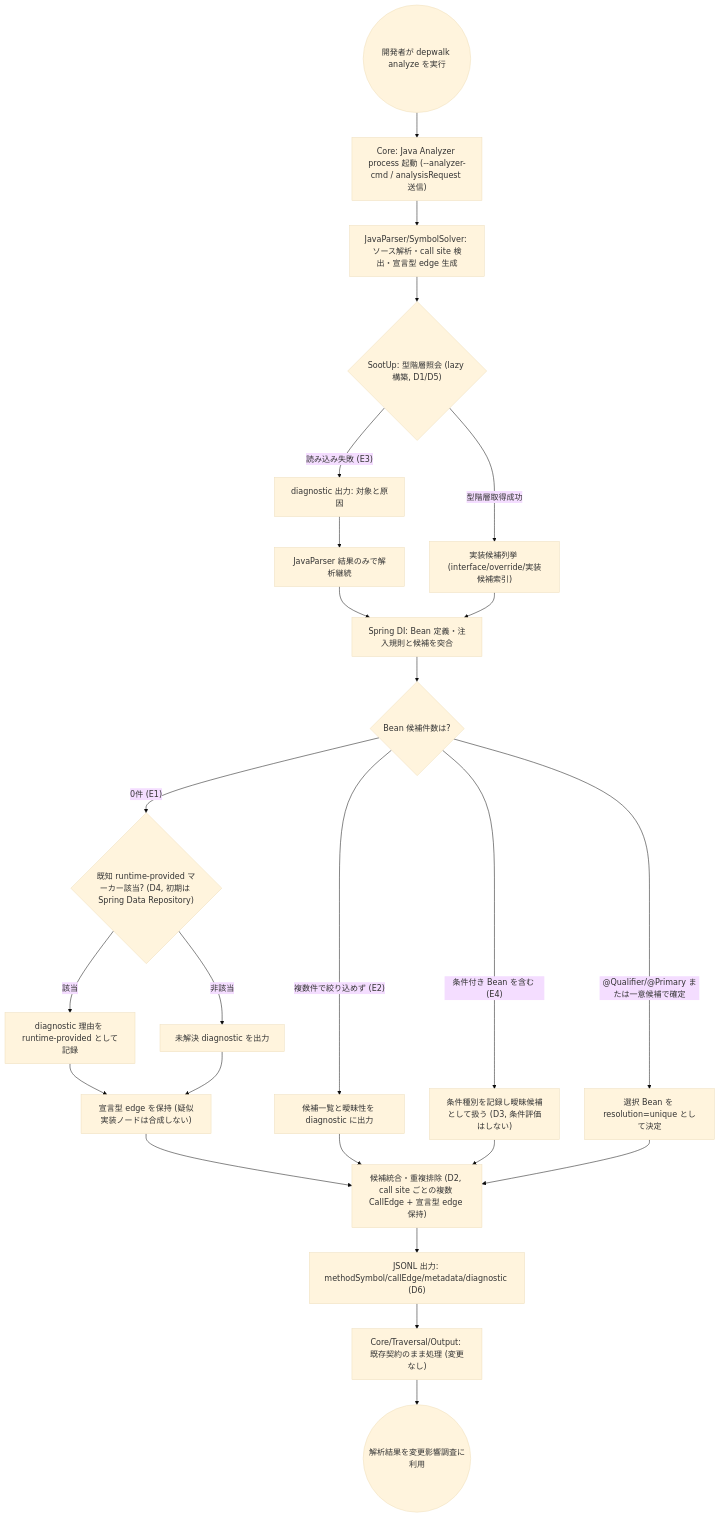
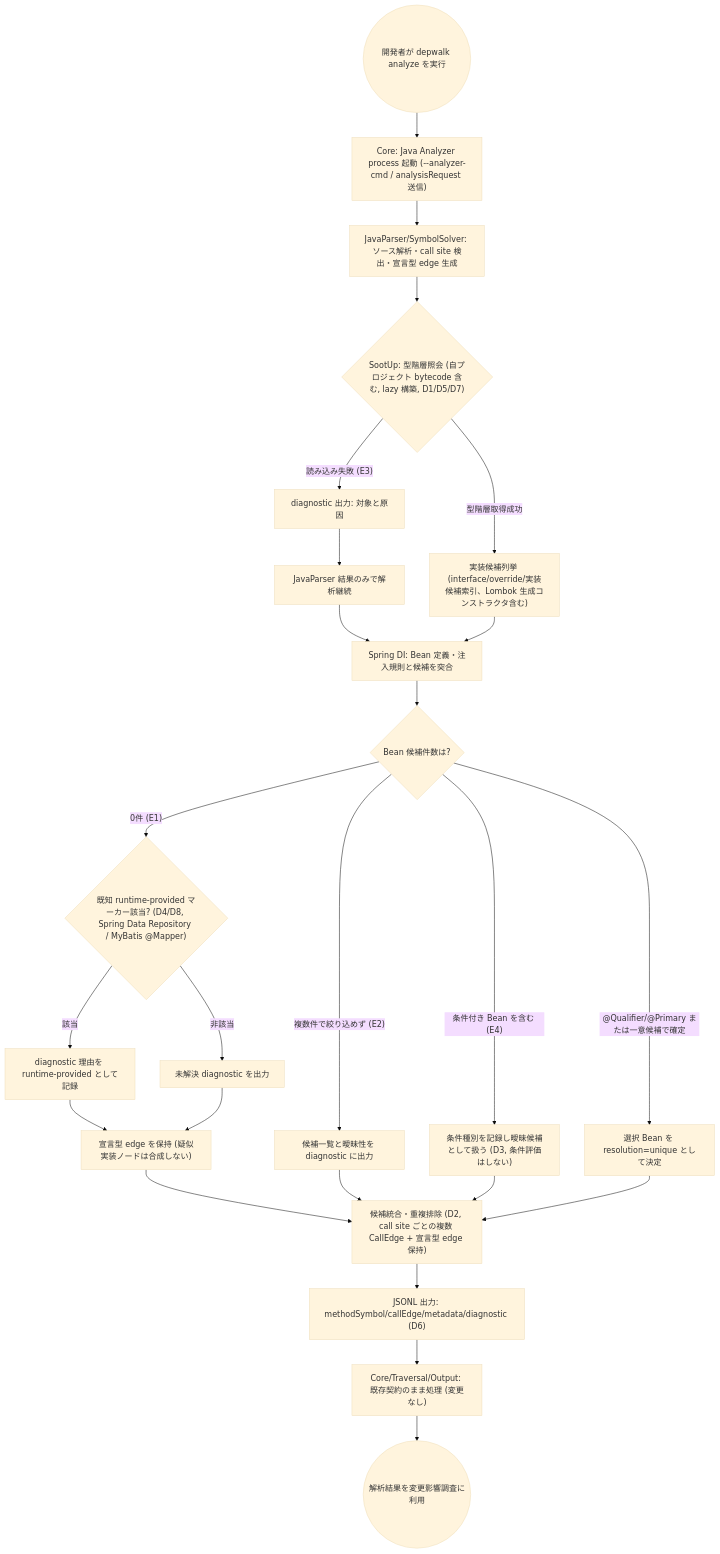
Before and after one commit to Fukuemon/depwalk: the first of 2 diagrams in specs/21-java-dispatch-spring-di/index.md, drawn with Mermaid (base theme). The commit also changed other lines of this file and 6 other files, not shown here.

````diff
--- a/specs/21-java-dispatch-spring-di/index.md
+++ b/specs/21-java-dispatch-spring-di/index.md
@@ -319,27 +347,27 @@
 ```mermaid
 flowchart TD
     Start((開発者が depwalk analyze を実行)) --> CoreStart["Core: Java Analyzer process 起動 (--analyzer-cmd / analysisRequest 送信)"]
     CoreStart --> JPParse["JavaParser/SymbolSolver: ソース解析・call site 検出・宣言型 edge 生成"]
-    JPParse --> SootUpQuery{"SootUp: 型階層照会 (lazy 構築, D1/D5)"}
+    JPParse --> SootUpQuery{"SootUp: 型階層照会 (自プロジェクト bytecode 含む, lazy 構築, D1/D5/D7)"}
     SootUpQuery -->|"読み込み失敗 (E3)"| E3Diag["diagnostic 出力: 対象と原因"]
     E3Diag --> JPOnly["JavaParser 結果のみで解析継続"]
     JPOnly --> SpringMatch
-    SootUpQuery -->|"型階層取得成功"| Candidates["実装候補列挙 (interface/override/実装候補索引)"]
+    SootUpQuery -->|"型階層取得成功"| Candidates["実装候補列挙 (interface/override/実装候補索引、Lombok 生成コンストラクタ含む)"]
     Candidates --> SpringMatch["Spring DI: Bean 定義・注入規則と候補を突合"]
     SpringMatch --> BeanCount{"Bean 候補件数は?"}
-    BeanCount -->|"0件 (E1)"| RuntimeCheck{"既知 runtime-provided マーカー該当? (D4, 初期は Spring Data Repository)"}
+    BeanCount -->|"0件 (E1)"| RuntimeCheck{"既知 runtime-provided マーカー該当? (D4/D8, Spring Data Repository / MyBatis @Mapper)"}
     RuntimeCheck -->|"該当"| RuntimeMark["diagnostic 理由を runtime-provided として記録"]
     RuntimeCheck -->|"非該当"| Unresolved["未解決 diagnostic を出力"]
     RuntimeMark --> KeepDeclEdge["宣言型 edge を保持 (疑似実装ノードは合成しない)"]
     Unresolved --> KeepDeclEdge
     BeanCount -->|"複数件で絞り込めず (E2)"| Ambiguous["候補一覧と曖昧性を diagnostic に出力"]
     BeanCount -->|"条件付き Bean を含む (E4)"| Conditional["条件種別を記録し曖昧候補として扱う (D3, 条件評価はしない)"]
     BeanCount -->|"@Qualifier/@Primary または一意候補で確定"| Unique["選択 Bean を resolution=unique として決定"]
     KeepDeclEdge --> Merge
     Ambiguous --> Merge
     Conditional --> Merge
     Unique --> Merge
     Merge["候補統合・重複排除 (D2, call site ごとの複数 CallEdge + 宣言型 edge 保持)"] --> JSONL["JSONL 出力: methodSymbol/callEdge/metadata/diagnostic (D6)"]
     JSONL --> CoreProcess["Core/Traversal/Output: 既存契約のまま処理 (変更なし)"]
     CoreProcess --> End((解析結果を変更影響調査に利用))
 ```
````
